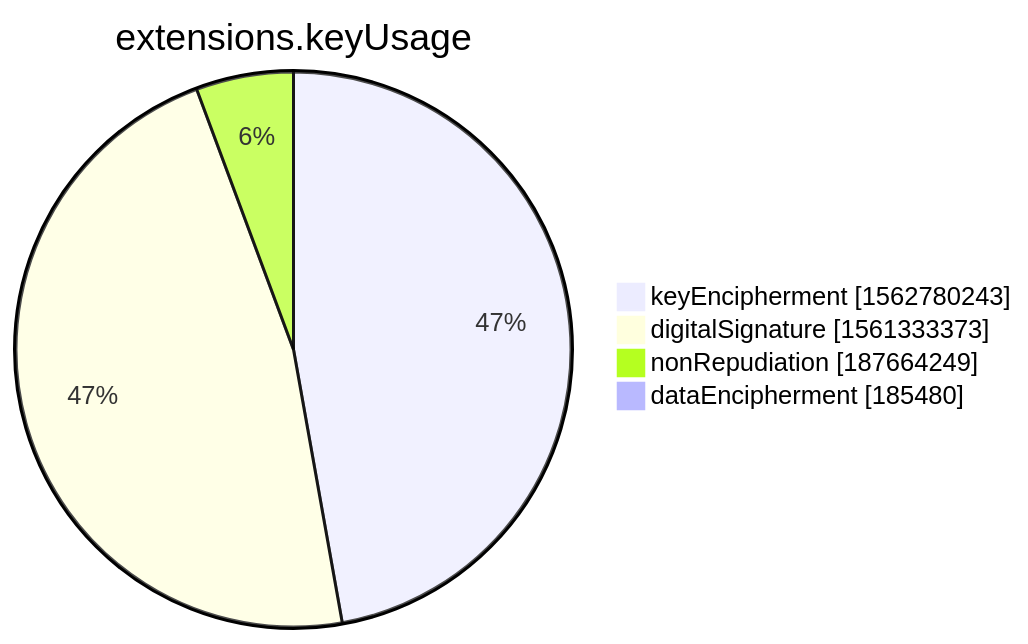
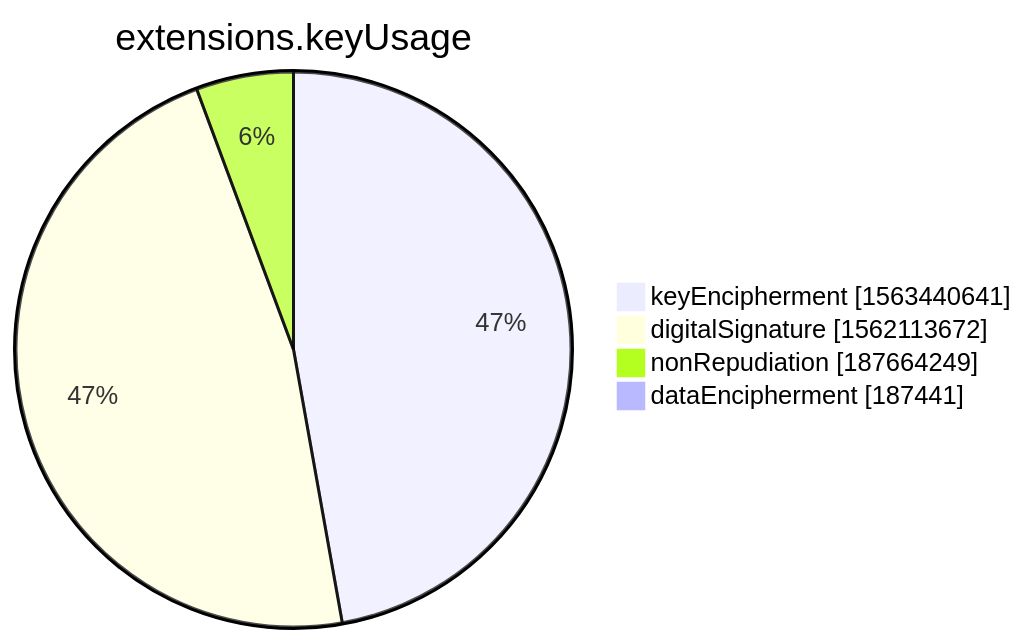
The seventh of 15 diagrams in xenon2022/README.md (christiankrug/ctmonitor_visualization), drawn with Mermaid before and after one commit. The commit also changed other lines of this file, not shown here.

````diff
--- a/xenon2022/README.md
+++ b/xenon2022/README.md
@@ -2852,8 +2852,8 @@
 ```mermaid
 pie showData
 title extensions.keyUsage
-"keyEncipherment" :1562780243
-"digitalSignature" :1561333373
+"keyEncipherment" :1563440641
+"digitalSignature" :1562113672
 "nonRepudiation" :187664249
-"dataEncipherment" :185480
+"dataEncipherment" :187441
 ```
````
